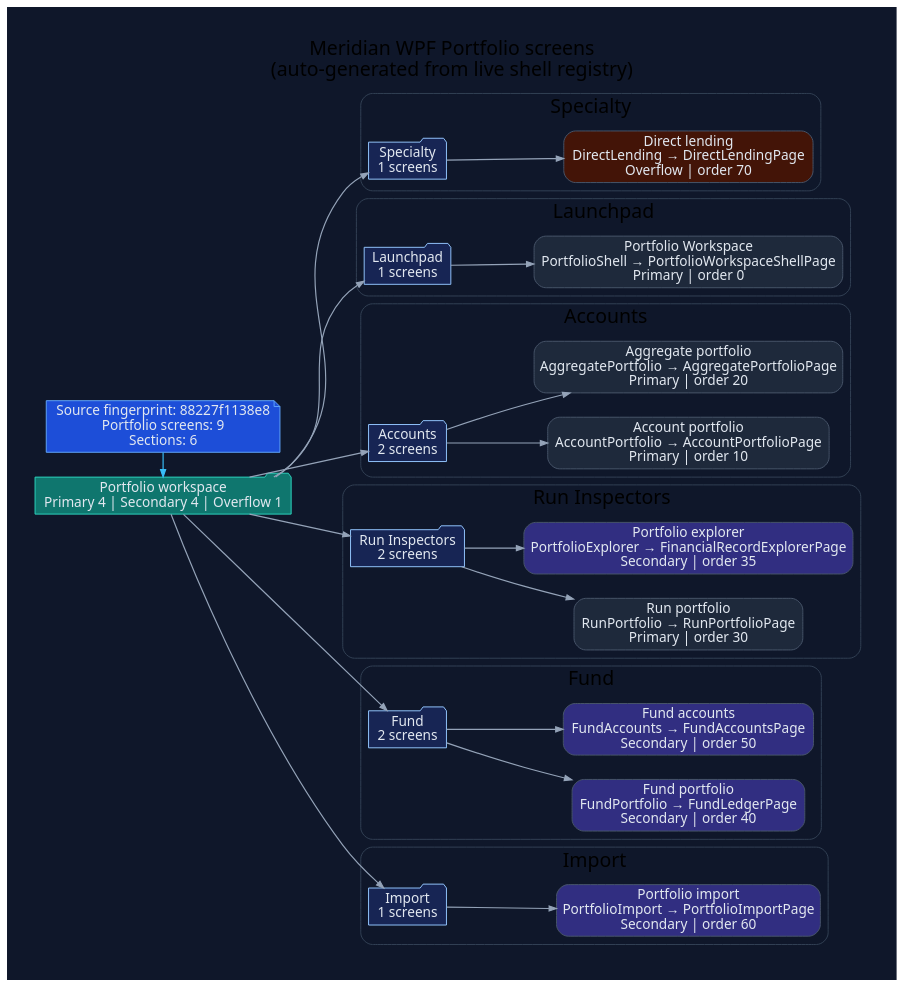
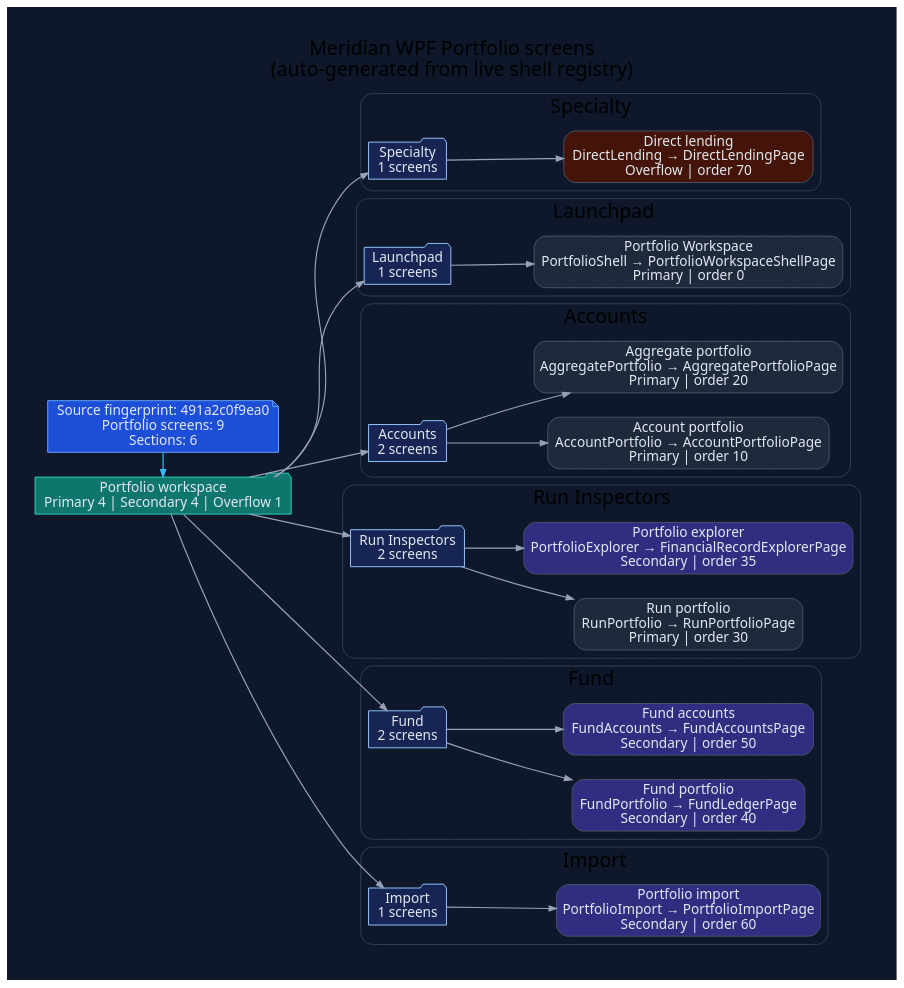
The diagram in docs/diagrams/ui-wpf-screens-portfolio.dot (rodoHasArrived/Meridian-main), drawn with Graphviz before and after one commit. The commit also changed 21 other files, not shown here.

First line of the commit message:
Regenerate WPF UI diagrams for the updated source fingerprint

```diff
--- a/docs/diagrams/ui-wpf-screens-portfolio.dot
+++ b/docs/diagrams/ui-wpf-screens-portfolio.dot
@@ -1,92 +1,92 @@
 // -----------------------------------------------------------------------------
 // <auto-generated>
 // Generated by scripts/generate-diagrams.mjs.
 // Do not edit this file directly; update the WPF source files instead.
 // -----------------------------------------------------------------------------
 digraph WpfPortfolioScreens {
   graph [
     rankdir=LR,
     labelloc=t,
     label="Meridian WPF Portfolio screens\n(auto-generated from live shell registry)",
     fontname="Segoe UI",
     fontsize=20,
     pad=0.4,
     nodesep=0.35,
     ranksep=0.85,
     bgcolor="#0f172a"
   ];
   node [fontname="Segoe UI", shape=box, style="rounded,filled", color="#475569", fontcolor="#e2e8f0", fillcolor="#1e293b"];
   edge [fontname="Segoe UI", color="#94a3b8", penwidth=1.2, arrowsize=0.75];
 
-  generated [shape=note, fillcolor="#1d4ed8", color="#60a5fa", label="Source fingerprint: 88227f1138e8\nPortfolio screens: 9\nSections: 6"];
+  generated [shape=note, fillcolor="#1d4ed8", color="#60a5fa", label="Source fingerprint: 491a2c0f9ea0\nPortfolio screens: 9\nSections: 6"];
   workspace [shape=folder, fillcolor="#0f766e", color="#2dd4bf", label="Portfolio workspace\nPrimary 4 | Secondary 4 | Overflow 1"];
   generated -> workspace [color="#38bdf8"];
 
   subgraph cluster_section_1 {
     label="Specialty";
     color="#334155";
     style="rounded";
     section_1 [shape=folder, fillcolor="#172554", color="#93c5fd", label="Specialty\n1 screens"];
     workspace -> section_1;
     screen_DirectLending [fillcolor="#431407", label="Direct lending\nDirectLending → DirectLendingPage\nOverflow | order 70"];
     section_1 -> screen_DirectLending;
   }
 
   subgraph cluster_section_2 {
     label="Launchpad";
     color="#334155";
     style="rounded";
     section_2 [shape=folder, fillcolor="#172554", color="#93c5fd", label="Launchpad\n1 screens"];
     workspace -> section_2;
     screen_PortfolioShell [fillcolor="#1e293b", label="Portfolio Workspace\nPortfolioShell → PortfolioWorkspaceShellPage\nPrimary | order 0"];
     section_2 -> screen_PortfolioShell;
   }
 
   subgraph cluster_section_3 {
     label="Accounts";
     color="#334155";
     style="rounded";
     section_3 [shape=folder, fillcolor="#172554", color="#93c5fd", label="Accounts\n2 screens"];
     workspace -> section_3;
     screen_AccountPortfolio [fillcolor="#1e293b", label="Account portfolio\nAccountPortfolio → AccountPortfolioPage\nPrimary | order 10"];
     section_3 -> screen_AccountPortfolio;
     screen_AggregatePortfolio [fillcolor="#1e293b", label="Aggregate portfolio\nAggregatePortfolio → AggregatePortfolioPage\nPrimary | order 20"];
     section_3 -> screen_AggregatePortfolio;
   }
 
   subgraph cluster_section_4 {
     label="Run Inspectors";
     color="#334155";
     style="rounded";
     section_4 [shape=folder, fillcolor="#172554", color="#93c5fd", label="Run Inspectors\n2 screens"];
     workspace -> section_4;
     screen_RunPortfolio [fillcolor="#1e293b", label="Run portfolio\nRunPortfolio → RunPortfolioPage\nPrimary | order 30"];
     section_4 -> screen_RunPortfolio;
     screen_PortfolioExplorer [fillcolor="#312e81", label="Portfolio explorer\nPortfolioExplorer → FinancialRecordExplorerPage\nSecondary | order 35"];
     section_4 -> screen_PortfolioExplorer;
   }
 
   subgraph cluster_section_5 {
     label="Fund";
     color="#334155";
     style="rounded";
     section_5 [shape=folder, fillcolor="#172554", color="#93c5fd", label="Fund\n2 screens"];
     workspace -> section_5;
     screen_FundPortfolio [fillcolor="#312e81", label="Fund portfolio\nFundPortfolio → FundLedgerPage\nSecondary | order 40"];
     section_5 -> screen_FundPortfolio;
     screen_FundAccounts [fillcolor="#312e81", label="Fund accounts\nFundAccounts → FundAccountsPage\nSecondary | order 50"];
     section_5 -> screen_FundAccounts;
   }
 
   subgraph cluster_section_6 {
     label="Import";
     color="#334155";
     style="rounded";
     section_6 [shape=folder, fillcolor="#172554", color="#93c5fd", label="Import\n1 screens"];
     workspace -> section_6;
     screen_PortfolioImport [fillcolor="#312e81", label="Portfolio import\nPortfolioImport → PortfolioImportPage\nSecondary | order 60"];
     section_6 -> screen_PortfolioImport;
   }
 
   { rank=min; generated; workspace; }
 }
```
